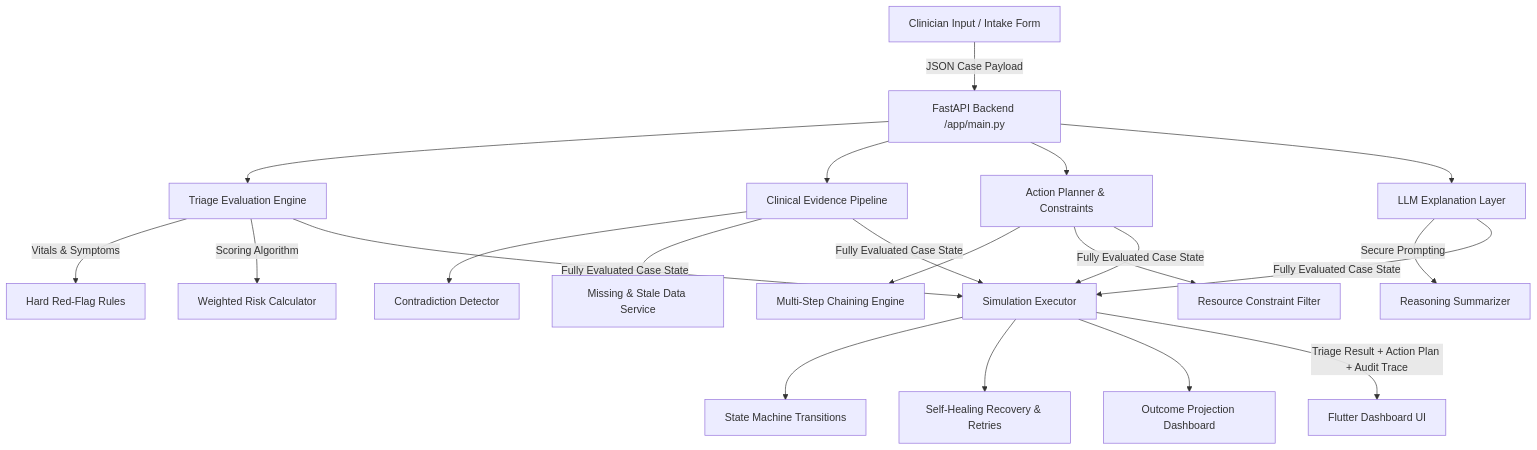
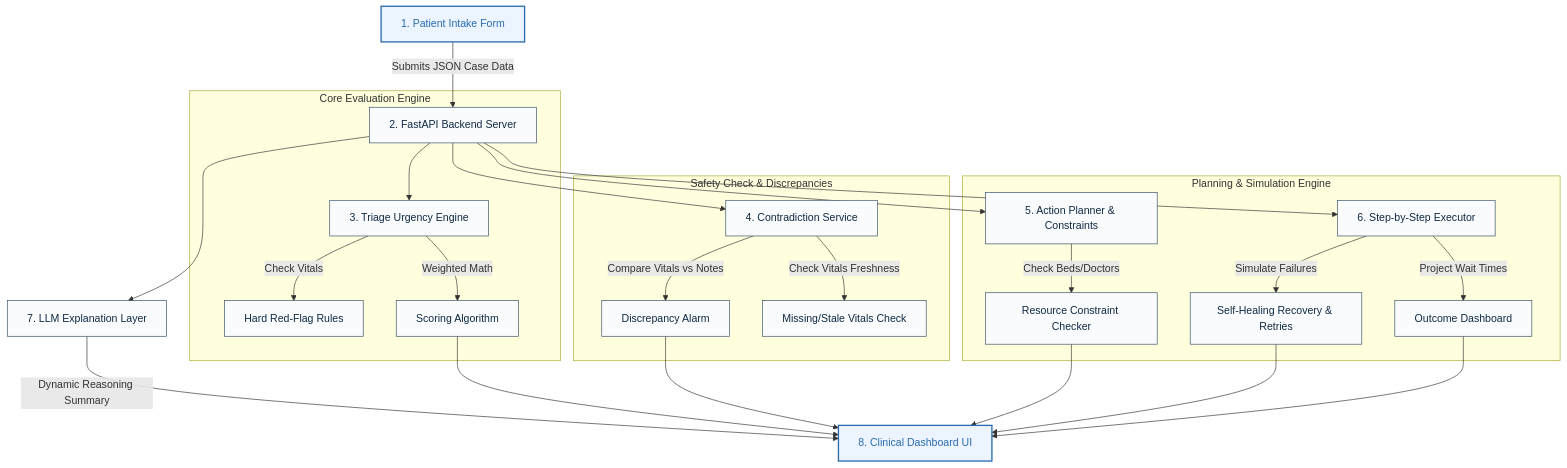
One commit to hasana157/patient-triage-agent changed the diagram in README.md. Above: the diagram before and after it, drawn with Mermaid. The commit also changed other lines of this file, not shown here.

Commit message:
docs: simplify README.md, clean architecture diagram, and update contributor names

````diff
--- a/README.md
+++ b/README.md
@@ -24,25 +31,36 @@
 ```mermaid
 graph TD
-    A[Clinician Input / Intake Form] -->|JSON Case Payload| B[FastAPI Backend /app/main.py]
-    B --> C[Triage Evaluation Engine]
-    C -->|Vitals & Symptoms| C1[Hard Red-Flag Rules]
-    C -->|Scoring Algorithm| C2[Weighted Risk Calculator]
+    %% Define clean styles
+    classDef default fill:#F9FBFD,stroke:#334E68,stroke-width:1px,color:#102A43;
+    classDef highlight fill:#EBF4FF,stroke:#2B6CB0,stroke-width:2px,color:#2B6CB0;
     
-    B --> D[Clinical Evidence Pipeline]
-    D --> D1[Contradiction Detector]
-    D --> D2[Missing & Stale Data Service]
+    A[1. Patient Intake Form] -->|Submits JSON Case Data| B[2. FastAPI Backend Server]
     
-    B --> E[Action Planner & Constraints]
-    E --> E1[Multi-Step Chaining Engine]
-    E --> E2[Resource Constraint Filter]
+    subgraph "Core Evaluation Engine"
+        B --> C[3. Triage Urgency Engine]
+        C -->|Check Vitals| C1[Hard Red-Flag Rules]
+        C -->|Weighted Math| C2[Scoring Algorithm]
+    end
     
-    B --> F[LLM Explanation Layer]
-    F -->|Secure Prompting| F1[Reasoning Summarizer]
+    subgraph "Safety Check & Discrepancies"
+        B --> D[4. Contradiction Service]
+        D -->|Compare Vitals vs Notes| D1[Discrepancy Alarm]
+        D -->|Check Vitals Freshness| D2[Missing/Stale Vitals Check]
+    end
     
-    C & D & E & F -->|Fully Evaluated Case State| G[Simulation Executor]
-    G --> G1[State Machine Transitions]
-    G --> G2[Self-Healing Recovery & Retries]
-    G --> G3[Outcome Projection Dashboard]
+    subgraph "Planning & Simulation Engine"
+        B --> E[5. Action Planner & Constraints]
+        E -->|Check Beds/Doctors| E1[Resource Constraint Checker]
+        
+        B --> F[6. Step-by-Step Executor]
+        F -->|Simulate Failures| F1[Self-Healing Recovery & Retries]
+        F -->|Project Wait Times| F2[Outcome Dashboard]
+    end
     
-    G -->|Triage Result + Action Plan + Audit Trace| H[Flutter Dashboard UI]
+    B --> G[7. LLM Explanation Layer]
+    
+    G -->|Dynamic Reasoning Summary| H[8. Clinical Dashboard UI]
+    C2 & D1 & E1 & F1 & F2 --> H
+    
+    class A,H highlight;
 ```
````
